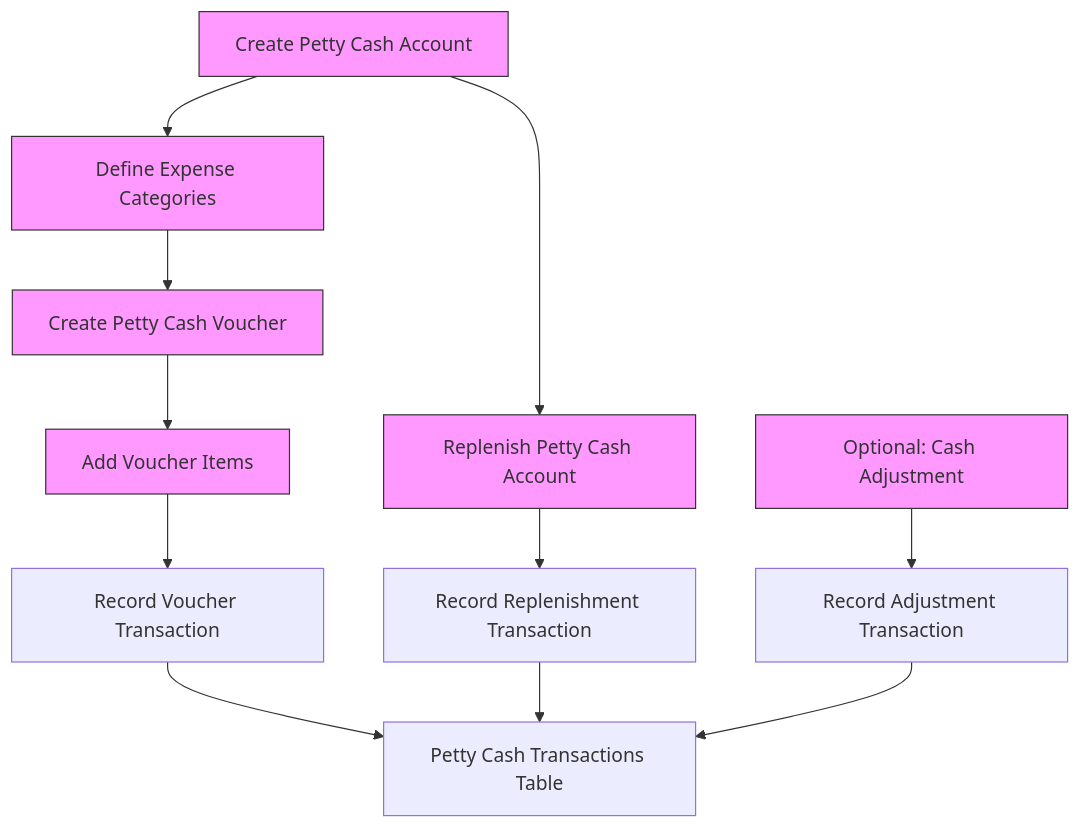
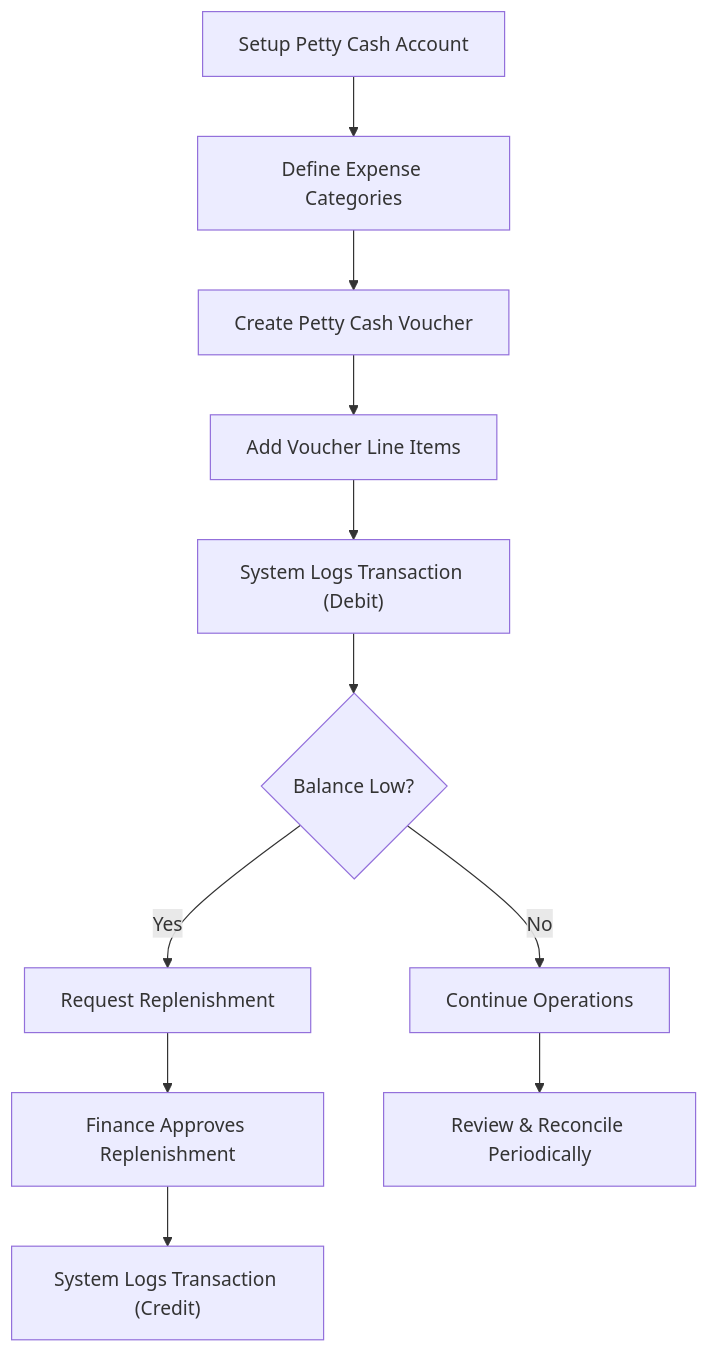
Before and after one commit to Newton-Mitro/ccuss: the diagram in _doc/petty_cash_module.md, drawn with Mermaid. The commit also changed other lines of this file and 51 other files, not shown here.

````diff
--- a/_doc/petty_cash_module.md
+++ b/_doc/petty_cash_module.md
@@ -37,19 +102,13 @@
 ```mermaid
 flowchart TD
-    A[Create Petty Cash Account] --> B[Define Expense Categories]
-    B --> C[Create Petty Cash Voucher]
-    C --> D[Add Voucher Items]
-    D --> E[Record Voucher Transaction]
-    A --> F[Replenish Petty Cash Account]
-    F --> G[Record Replenishment Transaction]
-    H[Optional: Cash Adjustment] --> I[Record Adjustment Transaction]
-
-    %% Transactions table consolidation
-    E --> J[Petty Cash Transactions Table]
-    G --> J
-    I --> J
-
-    %% Styling
-    classDef action fill:#f9f,stroke:#333,stroke-width:1px;
-    class A,B,C,D,F,H action;
+    A["Setup Petty Cash Account"] --> B["Define Expense Categories"]
+    B --> C["Create Petty Cash Voucher"]
+    C --> D["Add Voucher Line Items"]
+    D --> E["System Logs Transaction (Debit)"]
+    E --> F{"Balance Low?"}
+    F -- Yes --> G["Request Replenishment"]
+    G --> H["Finance Approves Replenishment"]
+    H --> I["System Logs Transaction (Credit)"]
+    F -- No --> J["Continue Operations"]
+    J --> K["Review & Reconcile Periodically"]
 ```
````
